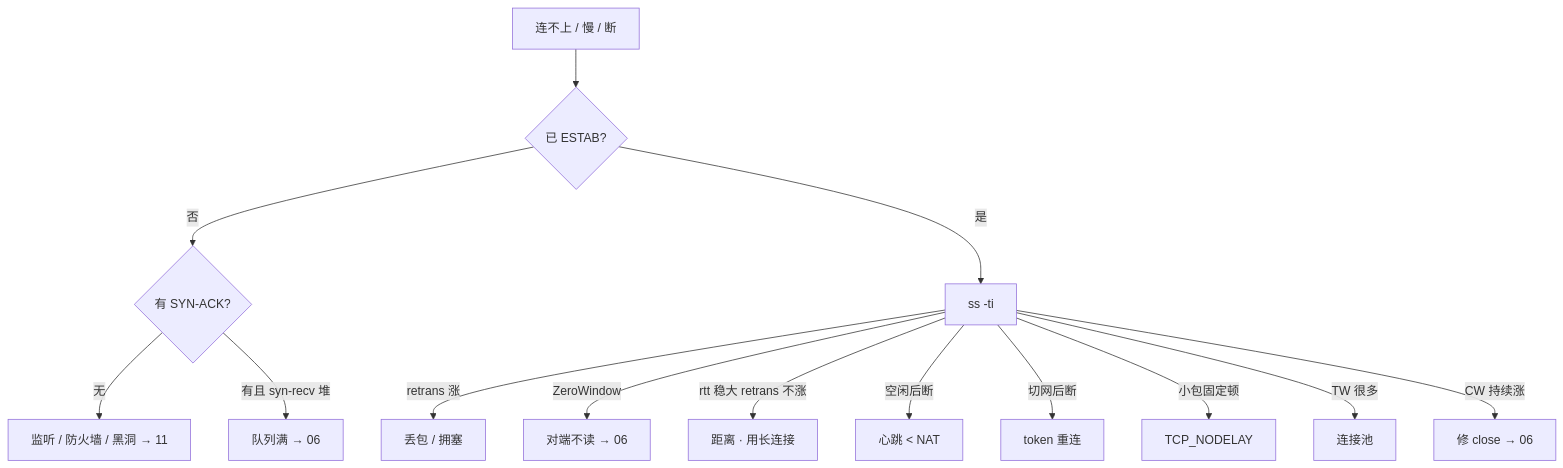
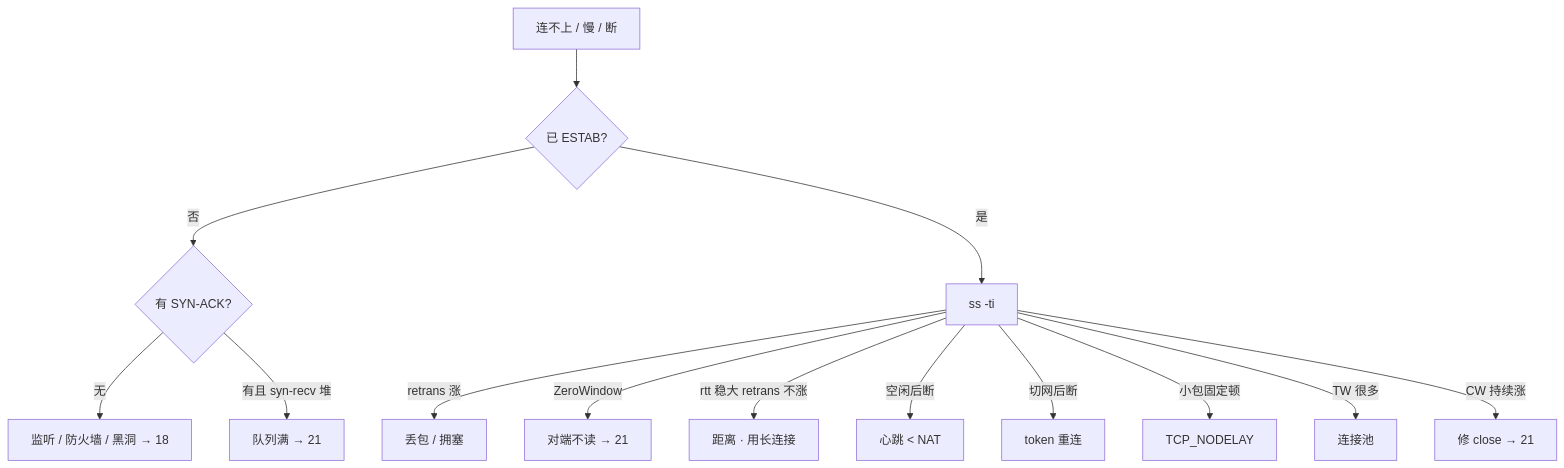
The fifth of 5 diagrams in 01-基础底座/13-TCP与UDP/知识点.md (ml-cuizijun/LearnToLilith), drawn with Mermaid before and after one commit. The commit also changed other lines of this file and 56 other files, not shown here.

````diff
--- a/01-基础底座/13-TCP与UDP/知识点.md
+++ b/01-基础底座/13-TCP与UDP/知识点.md
@@ -786,16 +786,16 @@
 ```mermaid
 flowchart TB
     A[连不上 / 慢 / 断] --> B{已 ESTAB?}
     B -->|否| C{有 SYN-ACK?}
-    C -->|无| D[监听 / 防火墙 / 黑洞 → 11]
-    C -->|有且 syn-recv 堆| E[队列满 → 06]
+    C -->|无| D[监听 / 防火墙 / 黑洞 → 18]
+    C -->|有且 syn-recv 堆| E[队列满 → 21]
     B -->|是| F[ss -ti]
     F -->|retrans 涨| G[丢包 / 拥塞]
-    F -->|ZeroWindow| H[对端不读 → 06]
+    F -->|ZeroWindow| H[对端不读 → 21]
     F -->|rtt 稳大 retrans 不涨| I[距离 · 用长连接]
     F -->|空闲后断| J[心跳 < NAT]
     F -->|切网后断| K[token 重连]
     F -->|小包固定顿| L[TCP_NODELAY]
     F -->|TW 很多| M[连接池]
-    F -->|CW 持续涨| N[修 close → 06]
+    F -->|CW 持续涨| N[修 close → 21]
 ```
````
